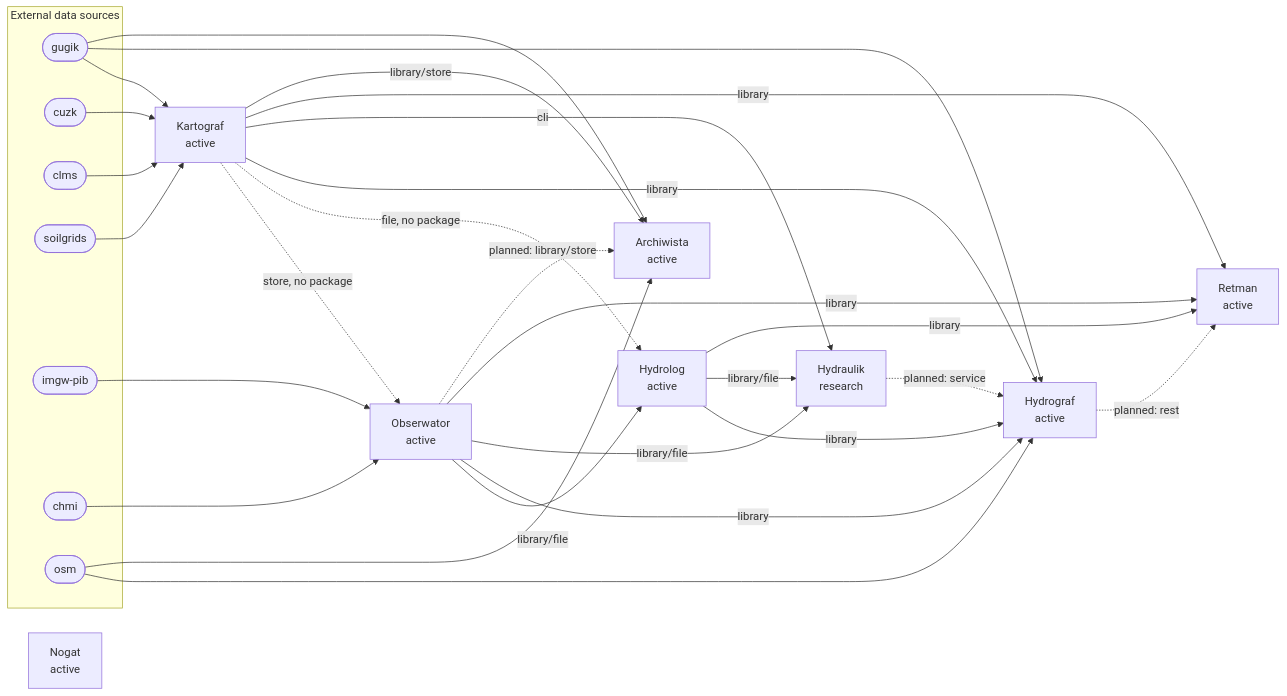
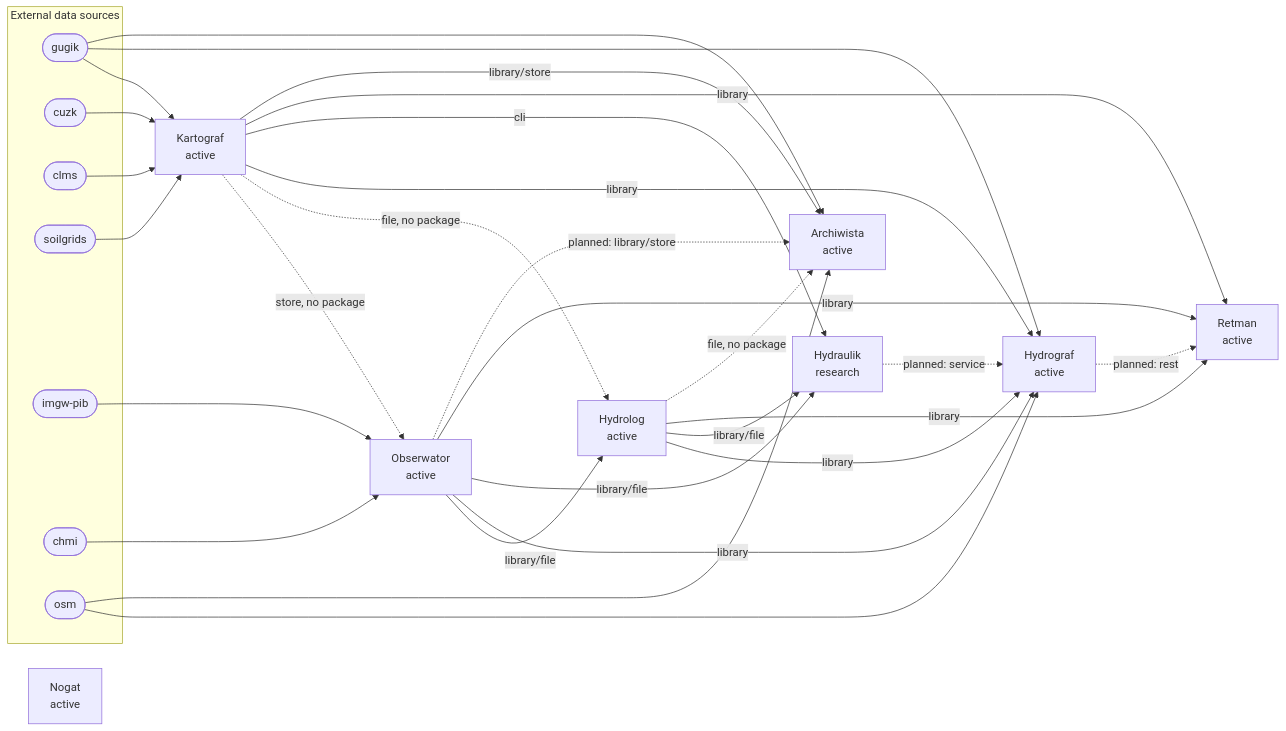
The diagram in docs/ECOSYSTEM_MAP.md (Daldek/Nogat), drawn with Mermaid before and after one commit. The commit also changed other lines of this file and 2 other files, not shown here.

Commit message:
docs(plans): a station's series from Archiwista to Hydrolog; registry hydrolog-series/1

````diff
--- a/docs/ECOSYSTEM_MAP.md
+++ b/docs/ECOSYSTEM_MAP.md
@@ -15,46 +15,47 @@
 ```mermaid
 flowchart LR
   Nogat["Nogat<br/>active"]
   Kartograf["Kartograf<br/>active"]
   Obserwator["Obserwator<br/>active"]
   Hydrolog["Hydrolog<br/>active"]
   Hydrograf["Hydrograf<br/>active"]
   Hydraulik["Hydraulik<br/>research"]
   Retman["Retman<br/>active"]
   Archiwista["Archiwista<br/>active"]
   subgraph external[External data sources]
     src_gugik(["gugik"])
     src_cuzk(["cuzk"])
     src_clms(["clms"])
     src_soilgrids(["soilgrids"])
     src_imgw_pib(["imgw-pib"])
     src_chmi(["chmi"])
     src_osm(["osm"])
   end
   src_gugik --> Kartograf
   src_cuzk --> Kartograf
   src_clms --> Kartograf
   src_soilgrids --> Kartograf
   src_imgw_pib --> Obserwator
   src_chmi --> Obserwator
   src_gugik --> Hydrograf
   src_osm --> Hydrograf
   src_gugik --> Archiwista
   src_osm --> Archiwista
   Kartograf -. store, no package .-> Obserwator
   Obserwator -- library/file --> Hydrolog
   Kartograf -. file, no package .-> Hydrolog
   Kartograf -- library --> Hydrograf
   Hydrolog -- library --> Hydrograf
   Obserwator -- library --> Hydrograf
   Hydraulik -. planned: service .-> Hydrograf
   Kartograf -- cli --> Hydraulik
   Obserwator -- library/file --> Hydraulik
   Hydrolog -- library/file --> Hydraulik
   Kartograf -- library --> Retman
   Obserwator -- library --> Retman
   Hydrolog -- library --> Retman
   Hydrograf -. planned: rest .-> Retman
   Kartograf -- library/store --> Archiwista
   Obserwator -. planned: library/store .-> Archiwista
+  Hydrolog -. file, no package .-> Archiwista
 ```
````
